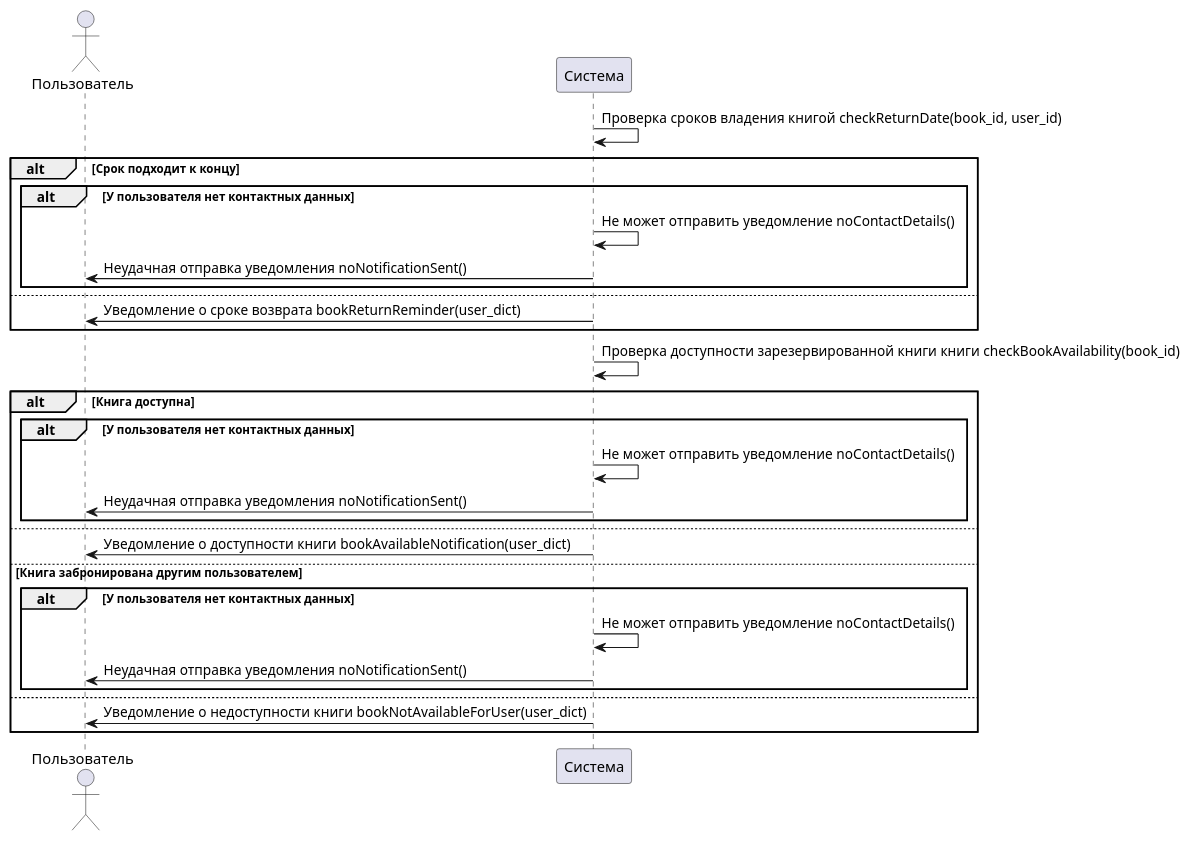
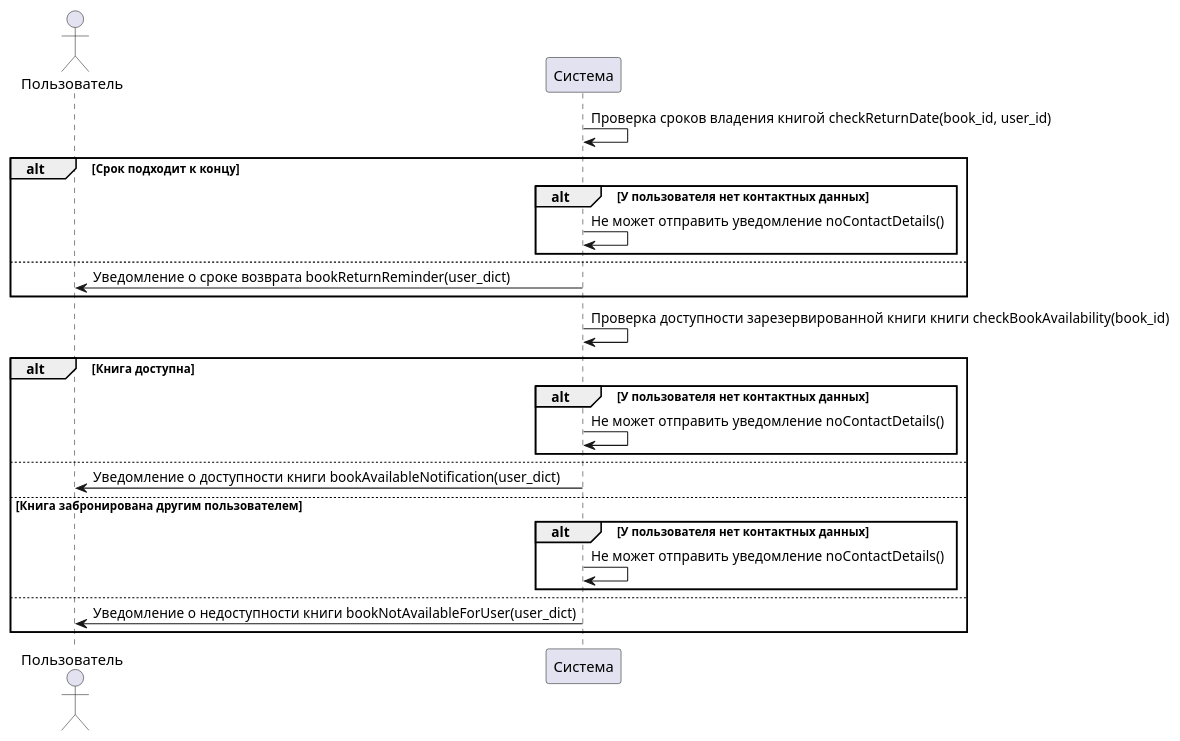
Before and after one commit to penamarth/bsbo-03-22_team1_var2: the diagram in Theory/Прецеденты/Уведомление/Уведомление uml.md, drawn with PlantUML.

Commit message:
Update Уведомление uml.md

```diff
--- a/Theory/Прецеденты/Уведомление/Уведомление uml.md
+++ b/Theory/Прецеденты/Уведомление/Уведомление uml.md
@@ -1,38 +1,35 @@
 @startuml
 
 actor Пользователь
 participant Система
 
 Система -> Система : Проверка сроков владения книгой checkReturnDate(book_id, user_id)
 alt Срок подходит к концу
     alt У пользователя нет контактных данных
       Система -> Система : Не может отправить уведомление noContactDetails()
-      Система -> Пользователь : Неудачная отправка уведомления noNotificationSent()
     end
     else
       Система -> Пользователь : Уведомление о сроке возврата bookReturnReminder(user_dict)
     
 end
 
 
 Система -> Система : Проверка доступности зарезервированной книги книги checkBookAvailability(book_id)
 alt Книга доступна
     alt У пользователя нет контактных данных
       Система -> Система : Не может отправить уведомление noContactDetails()
-      Система -> Пользователь : Неудачная отправка уведомления noNotificationSent()
     end
     else
       Система -> Пользователь : Уведомление о доступности книги bookAvailableNotification(user_dict)
 
 else Книга забронирована другим пользователем
      alt У пользователя нет контактных данных
       Система -> Система : Не может отправить уведомление noContactDetails()
-      Система -> Пользователь : Неудачная отправка уведомления noNotificationSent()
     end
     else
     Система -> Пользователь : Уведомление о недоступности книги bookNotAvailableForUser(user_dict)
 
 end
 
 
 @enduml
```
